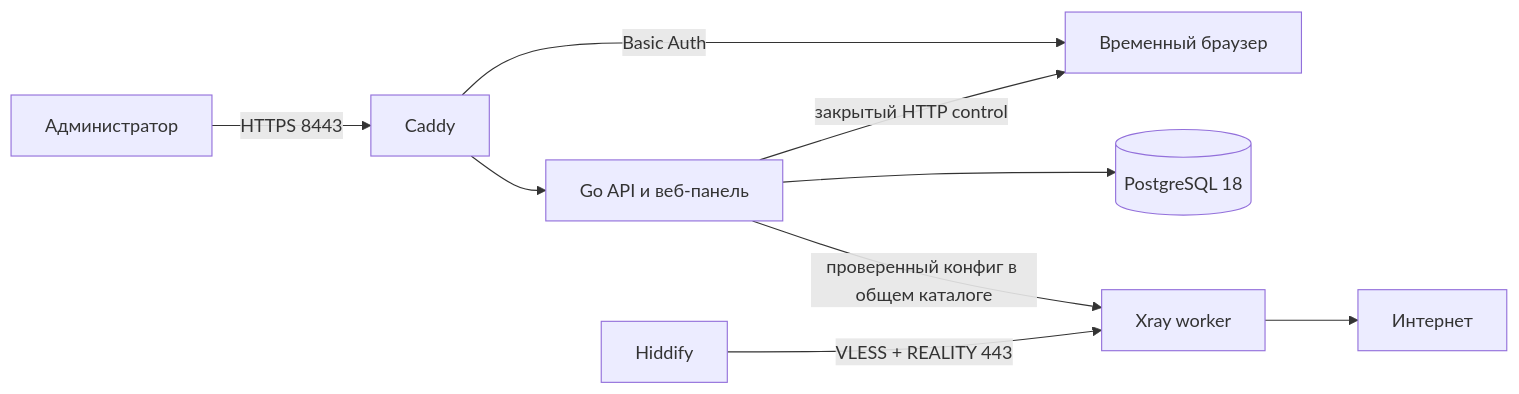
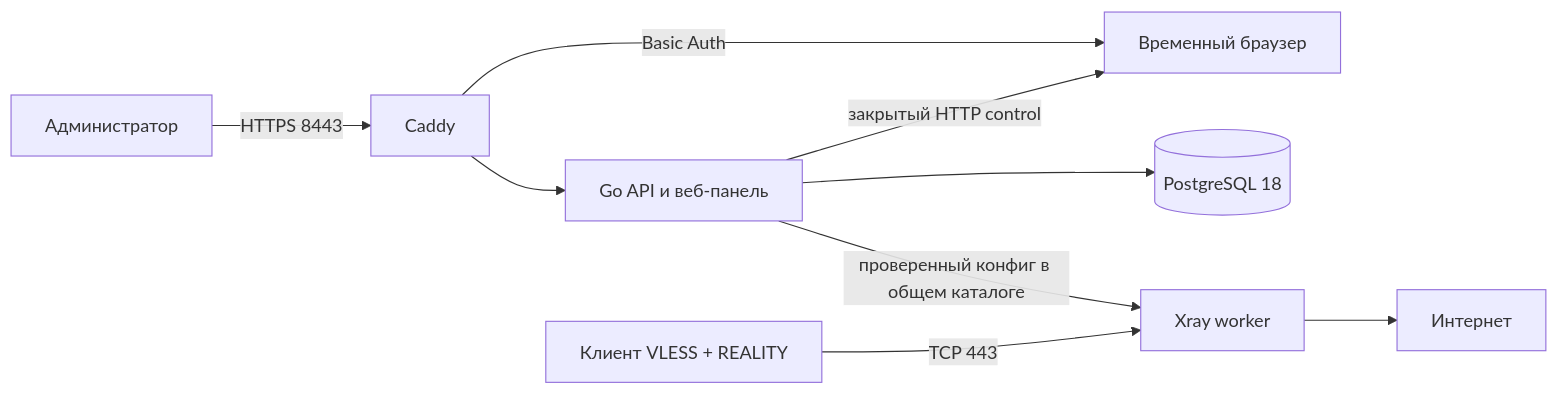
Before and after one commit to rvburov/private-gateway: the diagram in docs/architecture.md, drawn with Mermaid. The commit also changed other lines of this file and 17 other files, not shown here.

````diff
--- a/docs/architecture.md
+++ b/docs/architecture.md
@@ -5,11 +5,11 @@
 ```mermaid
 flowchart LR
     Admin[Администратор] -->|HTTPS 8443| Caddy
     Caddy --> API[Go API и веб-панель]
     Caddy -->|Basic Auth| Browser[Временный браузер]
     API --> DB[(PostgreSQL 18)]
     API -->|проверенный конфиг в общем каталоге| Xray[Xray worker]
     API -->|закрытый HTTP control| Browser
-    Client[Hiddify] -->|VLESS + REALITY 443| Xray
+    Client["Клиент VLESS + REALITY"] -->|TCP 443| Xray
     Xray --> Internet[Интернет]
 ```
````
